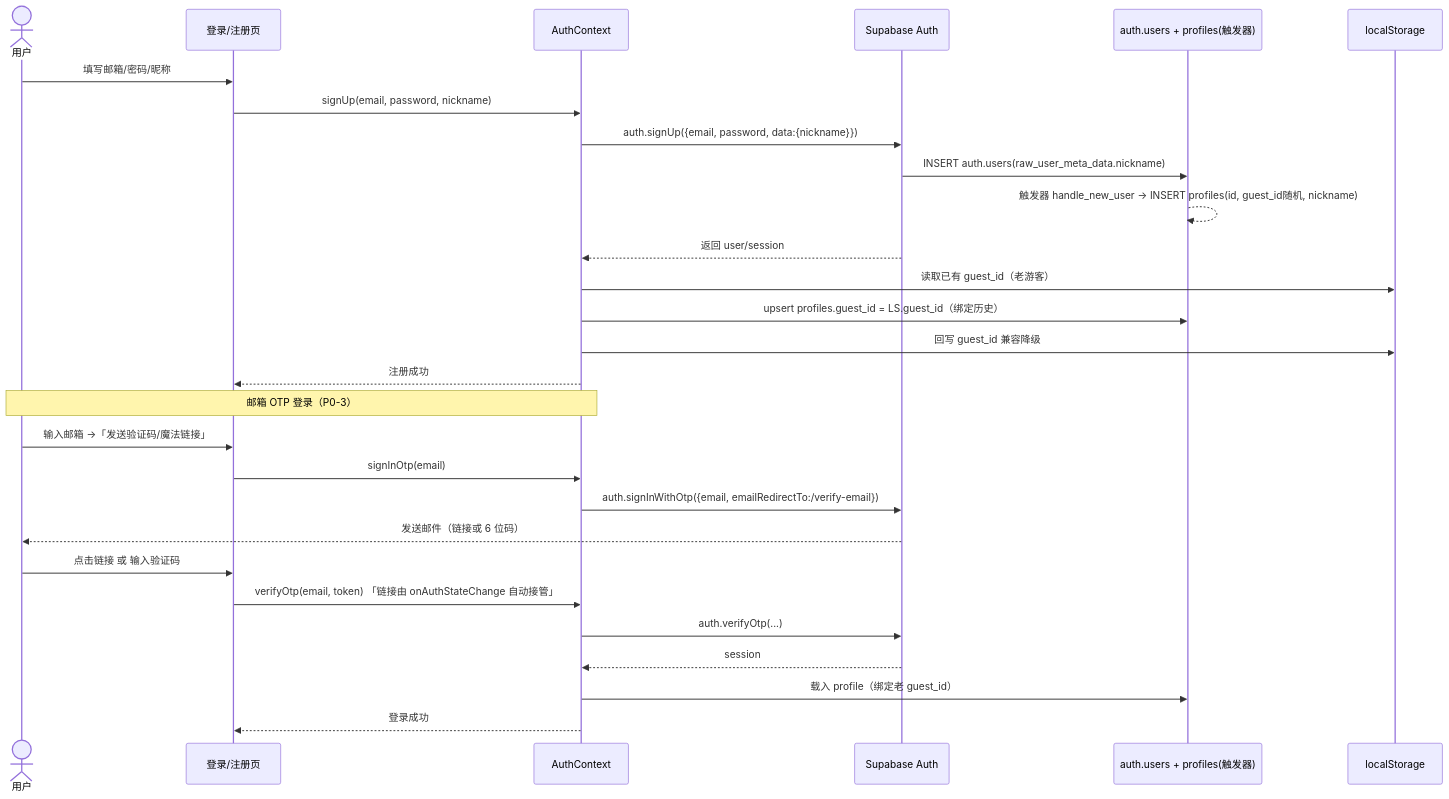
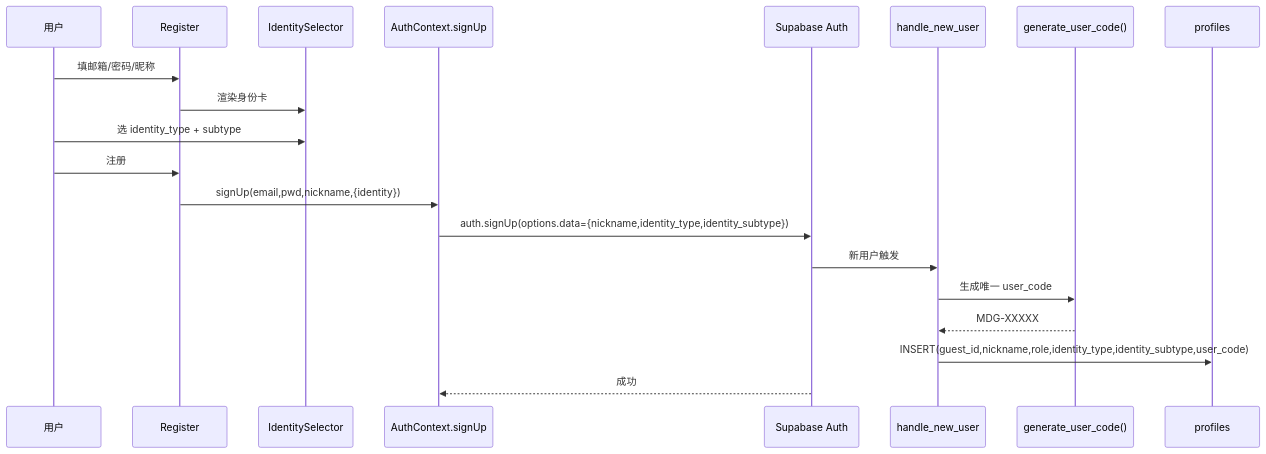
One commit to x3389675386-crypto/mingdaoge changed the second of 7 diagrams in docs/system_design.md. Above: the diagram before and after it, drawn with Mermaid. The commit also changed other lines of this file and 35 other files, not shown here.

````diff
--- a/docs/system_design.md
+++ b/docs/system_design.md
@@ -464,32 +310,22 @@
 ```mermaid
 sequenceDiagram
-    actor U as 用户
-    participant P as 登录/注册页
-    participant A as AuthContext
-    participant S as Supabase Auth
-    participant DB as auth.users + profiles(触发器)
-    participant LS as localStorage
-
-    U->>P: 填写邮箱/密码/昵称
-    P->>A: signUp(email, password, nickname)
-    A->>S: auth.signUp({email, password, data:{nickname}})
-    S->>DB: INSERT auth.users(raw_user_meta_data.nickname)
-    DB-->>DB: 触发器 handle_new_user → INSERT profiles(id, guest_id随机, nickname)
-    S-->>A: 返回 user/session
-    A->>LS: 读取已有 guest_id（老游客）
-    A->>DB: upsert profiles.guest_id = LS.guest_id（绑定历史）
-    A->>LS: 回写 guest_id 兼容降级
-    A-->>P: 注册成功
-
-    Note over U,A: 邮箱 OTP 登录（P0-3）
-    U->>P: 输入邮箱 →「发送验证码/魔法链接」
-    P->>A: signInOtp(email)
-    A->>S: auth.signInWithOtp({email, emailRedirectTo:/verify-email})
-    S-->>U: 发送邮件（链接或 6 位码）
-    U->>P: 点击链接 或 输入验证码
-    P->>A: verifyOtp(email, token)  「链接由 onAuthStateChange 自动接管」
-    A->>S: auth.verifyOtp(...)
-    S-->>A: session
-    A->>DB: 载入 profile（绑定老 guest_id）
-    A-->>P: 登录成功
+    participant U as 用户
+    participant R as Register
+    participant I as IdentitySelector
+    participant A as AuthContext.signUp
+    participant SB as Supabase Auth
+    participant TRG as handle_new_user
+    participant GEN as generate_user_code()
+    participant P as profiles
+    U->>R: 填邮箱/密码/昵称
+    R->>I: 渲染身份卡
+    U->>I: 选 identity_type + subtype
+    U->>R: 注册
+    R->>A: signUp(email,pwd,nickname,{identity})
+    A->>SB: auth.signUp(options.data={nickname,identity_type,identity_subtype})
+    SB->>TRG: 新用户触发
+    TRG->>GEN: 生成唯一 user_code
+    GEN-->>TRG: MDG-XXXXX
+    TRG->>P: INSERT(guest_id,nickname,role,identity_type,identity_subtype,user_code)
+    SB-->>A: 成功
 ```
````
